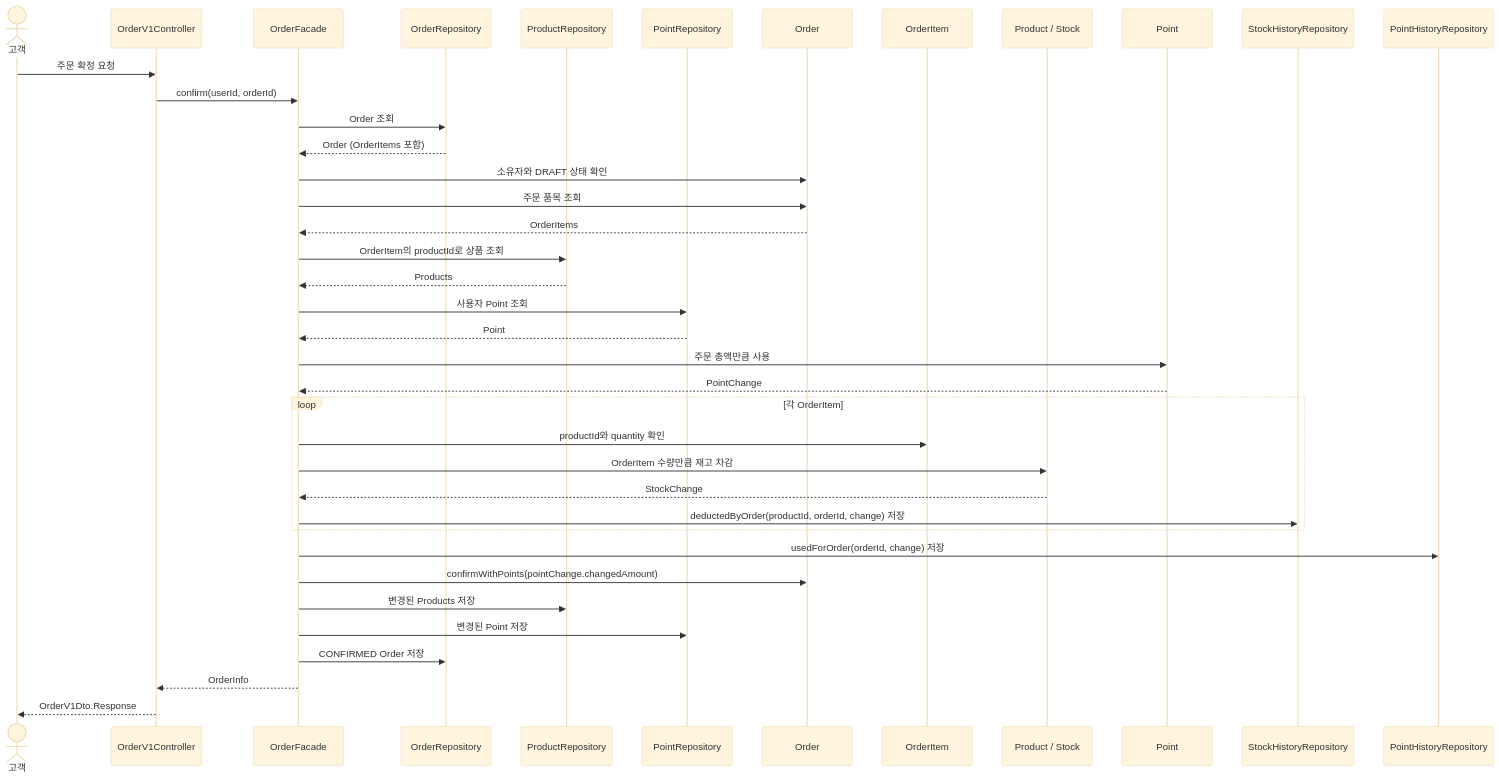
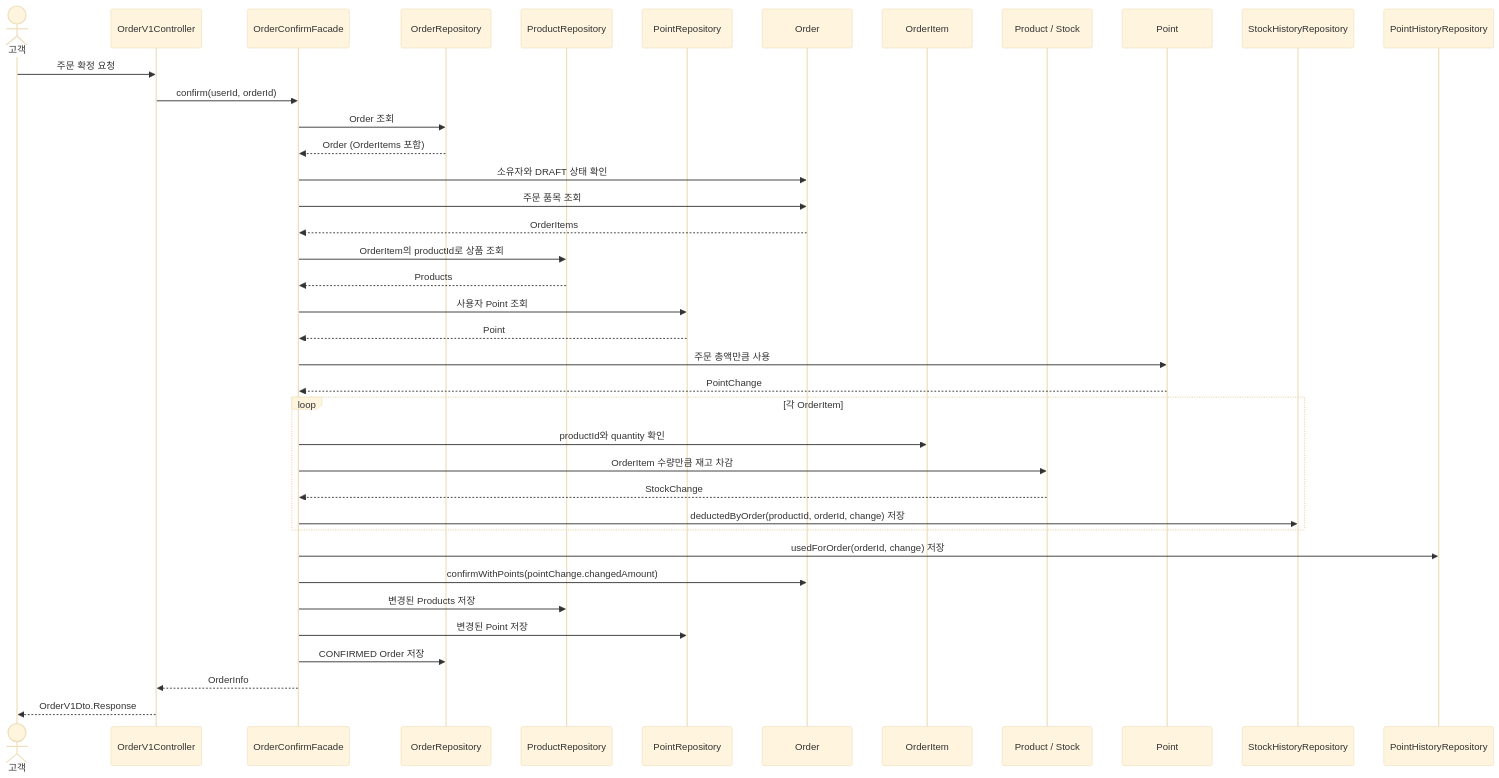
The seventh of 7 diagrams in docs/week2/system-design.md (Jomeun/loop-pack-be-l2-vol5-java), drawn with Mermaid (base theme) before and after one commit. The commit also changed other lines of this file and 1 other file, not shown here.

````diff
--- a/docs/week2/system-design.md
+++ b/docs/week2/system-design.md
@@ -502,44 +528,44 @@
 ```mermaid
 sequenceDiagram
     actor Customer as 고객
     participant Controller as OrderV1Controller
-    participant Facade as OrderFacade
+    participant Facade as OrderConfirmFacade
     participant OrderRepository
     participant ProductRepository
     participant PointRepository
     participant Order
     participant Item as OrderItem
     participant Product as Product / Stock
     participant Point
     participant StockHistoryRepository
     participant PointHistoryRepository
 
     Customer->>Controller: 주문 확정 요청
     Controller->>Facade: confirm(userId, orderId)
     Facade->>OrderRepository: Order 조회
     OrderRepository-->>Facade: Order (OrderItems 포함)
     Facade->>Order: 소유자와 DRAFT 상태 확인
     Facade->>Order: 주문 품목 조회
     Order-->>Facade: OrderItems
     Facade->>ProductRepository: OrderItem의 productId로 상품 조회
     ProductRepository-->>Facade: Products
     Facade->>PointRepository: 사용자 Point 조회
     PointRepository-->>Facade: Point
     Facade->>Point: 주문 총액만큼 사용
     Point-->>Facade: PointChange
 
     loop 각 OrderItem
         Facade->>Item: productId와 quantity 확인
         Facade->>Product: OrderItem 수량만큼 재고 차감
         Product-->>Facade: StockChange
         Facade->>StockHistoryRepository: deductedByOrder(productId, orderId, change) 저장
     end
 
     Facade->>PointHistoryRepository: usedForOrder(orderId, change) 저장
     Facade->>Order: confirmWithPoints(pointChange.changedAmount)
     Facade->>ProductRepository: 변경된 Products 저장
     Facade->>PointRepository: 변경된 Point 저장
     Facade->>OrderRepository: CONFIRMED Order 저장
     Facade-->>Controller: OrderInfo
     Controller-->>Customer: OrderV1Dto.Response
 ```
````
